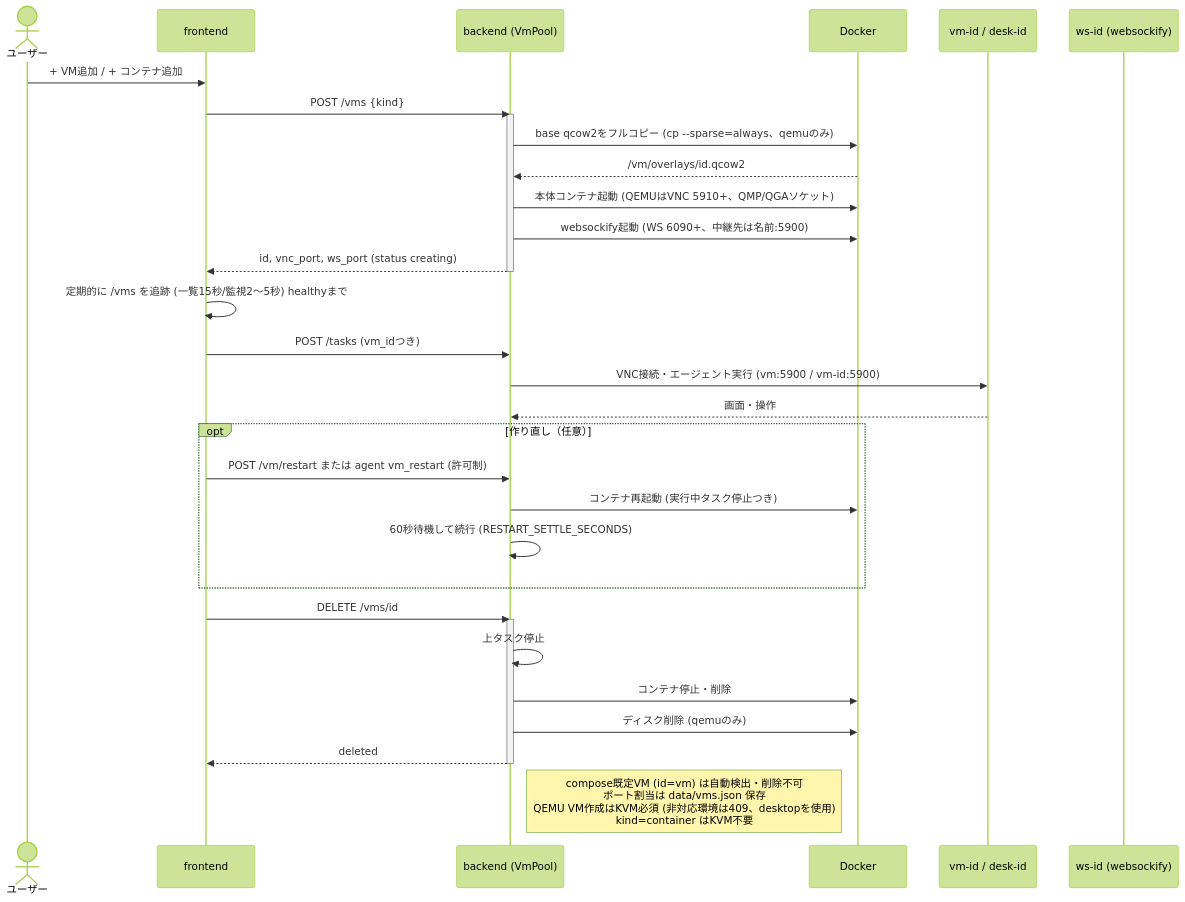
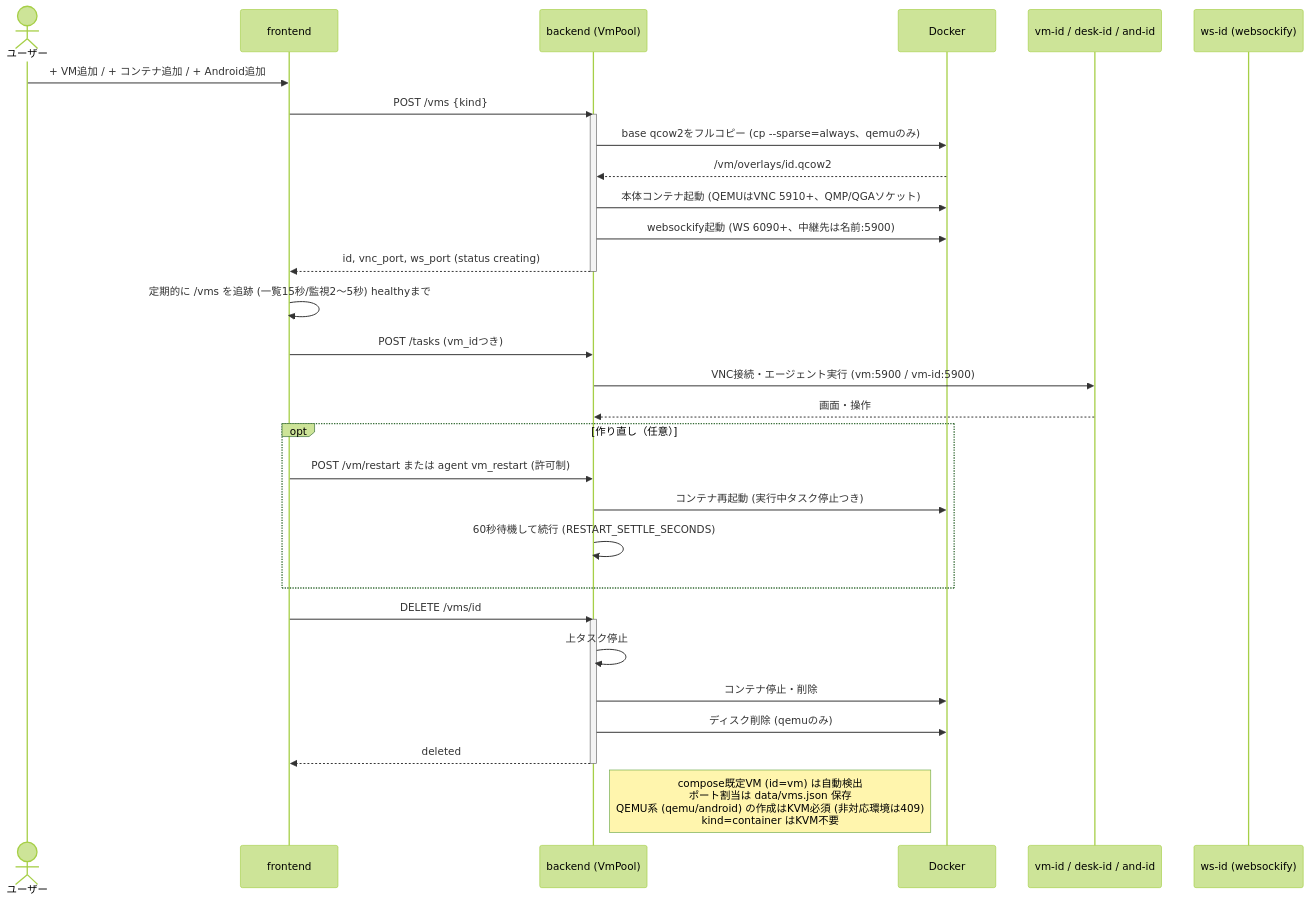
One commit to Milix-M/ai-desktop-agent changed the fourth of 4 diagrams in docs/architecture.md. Above: the diagram before and after it, drawn with Mermaid (forest theme). The commit also changed other lines of this file and 58 other files, not shown here.

````diff
--- a/docs/architecture.md
+++ b/docs/architecture.md
@@ -387,35 +304,35 @@
 ```mermaid
 sequenceDiagram
     actor U as ユーザー
     participant FE as frontend
     participant POOL as backend (VmPool)
     participant DOCKER as Docker
-    participant VM as vm-id / desk-id
+    participant VM as vm-id / desk-id / and-id
     participant WS as ws-id (websockify)
-    U->>FE: + VM追加 / + コンテナ追加
+    U->>FE: + VM追加 / + コンテナ追加 / + Android追加
     FE->>POOL: POST /vms {kind}
     activate POOL
     POOL->>DOCKER: base qcow2をフルコピー (cp --sparse=always、qemuのみ)
     DOCKER-->>POOL: /vm/overlays/id.qcow2
     POOL->>DOCKER: 本体コンテナ起動 (QEMUはVNC 5910+、QMP/QGAソケット)
     POOL->>DOCKER: websockify起動 (WS 6090+、中継先は名前:5900)
     POOL-->>FE: id, vnc_port, ws_port (status creating)
     deactivate POOL
     FE->>FE: 定期的に /vms を追跡 (一覧15秒/監視2〜5秒) healthyまで
     FE->>POOL: POST /tasks (vm_idつき)
     POOL->>VM: VNC接続・エージェント実行 (vm:5900 / vm-id:5900)
     VM-->>POOL: 画面・操作
     opt 作り直し（任意）
         FE->>POOL: POST /vm/restart または agent vm_restart (許可制)
         POOL->>DOCKER: コンテナ再起動 (実行中タスク停止つき)
         POOL->>POOL: 60秒待機して続行 (RESTART_SETTLE_SECONDS)
     end
     FE->>POOL: DELETE /vms/id
     activate POOL
     POOL->>POOL: 上タスク停止
     POOL->>DOCKER: コンテナ停止・削除
     POOL->>DOCKER: ディスク削除 (qemuのみ)
     POOL-->>FE: deleted
     deactivate POOL
-    Note right of POOL: compose既定VM (id=vm) は自動検出・削除不可<br/>ポート割当は data/vms.json 保存<br/>QEMU VM作成はKVM必須 (非対応環境は409、desktopを使用)<br/>kind=container はKVM不要
+    Note right of POOL: compose既定VM (id=vm) は自動検出<br/>ポート割当は data/vms.json 保存<br/>QEMU系 (qemu/android) の作成はKVM必須 (非対応環境は409)<br/>kind=container はKVM不要
 ```
````
